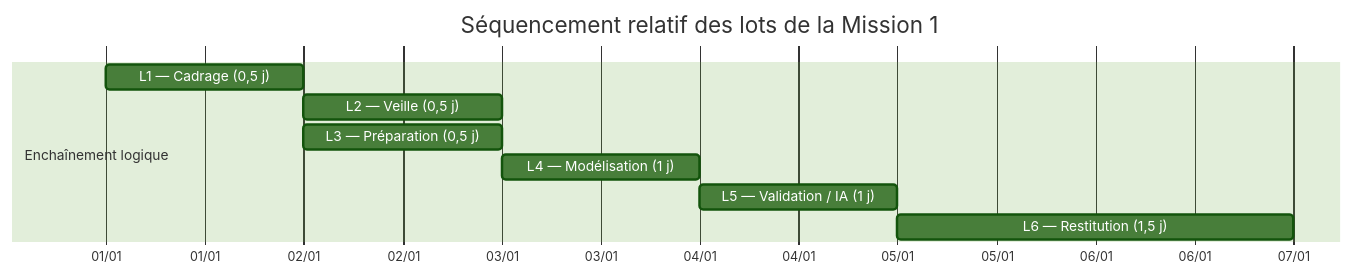
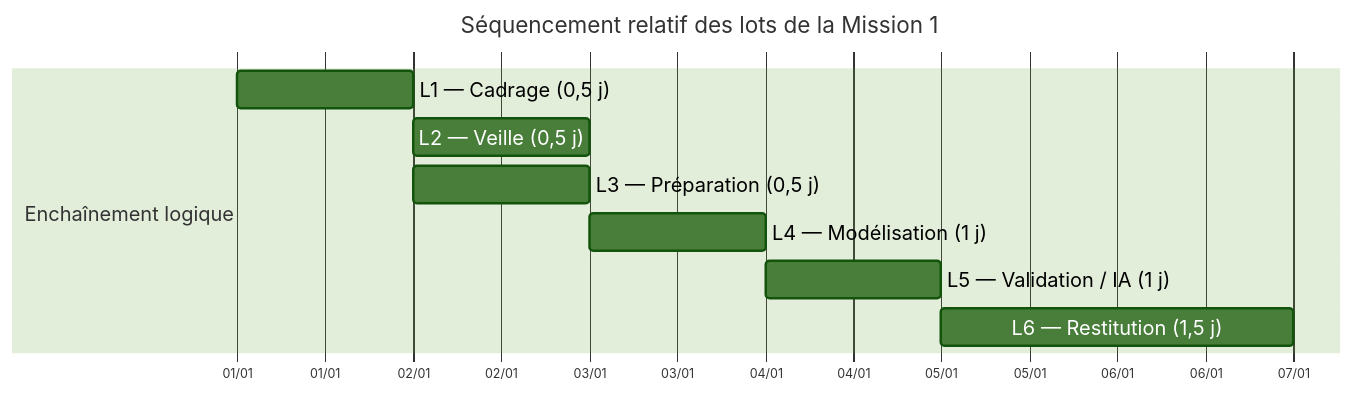
Before and after one commit to Fighter777/P13: the second of 2 diagrams in documentation/documentation.md, drawn with Mermaid (forest theme).

Commit message:
modification de la taille du gantt

```diff
--- a/documentation/documentation.md
+++ b/documentation/documentation.md
@@ -340,14 +340,26 @@
 ~~~mermaid
+
+%%{init: {
+  "gantt": {
+    "barHeight": 30,
+    "barGap": 8,
+    "leftPadding": 180,
+    "fontSize": 16,
+    "sectionFontSize": 16,
+    "topPadding": 55
+  }
+}}%%
+
 gantt
     title Séquencement relatif des lots de la Mission 1
     dateFormat  YYYY-MM-DD
     axisFormat  %d/%m
     section Enchaînement logique
     L1 — Cadrage (0,5 j)          :l1, 2000-01-01, 0.5d
     L2 — Veille (0,5 j)           :l2, after l1, 0.5d
     L3 — Préparation (0,5 j)      :l3, after l1, 0.5d
     L4 — Modélisation (1 j)       :l4, after l3, 1d
     %% L5 dépend de L2 et L4 ; L2 s'achève avant L4 dans ce séquencement.
     L5 — Validation / IA (1 j)    :l5, after l4, 1d
     L6 — Restitution (1,5 j)      :l6, after l5, 1.5d
 ~~~
```
